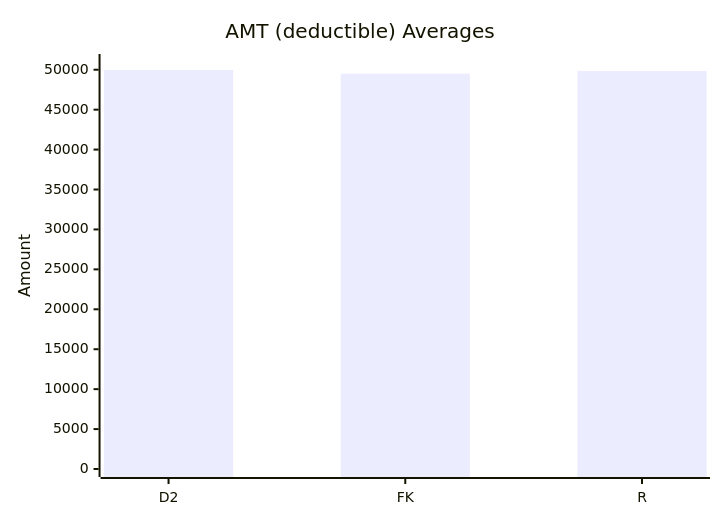
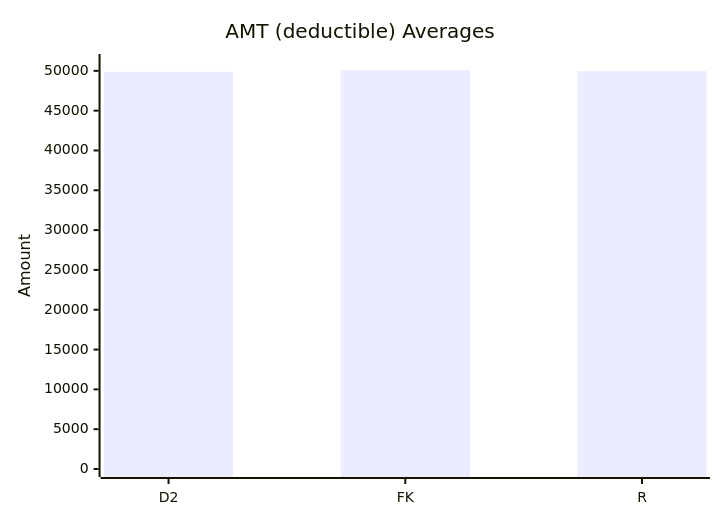
One commit to dhagan-va/intern-2025 changed the tenth of 11 diagrams in test-tools/DataGen/src/Statistics_Visualizer.md. Above: the diagram before and after it, drawn with Mermaid. The commit also changed other lines of this file and 2 other files, not shown here.

Commit message:
update to insure proper flow between 834 and 999

````diff
--- a/test-tools/DataGen/src/Statistics_Visualizer.md
+++ b/test-tools/DataGen/src/Statistics_Visualizer.md
@@ -108,7 +108,7 @@
 ```mermaid
 xychart-beta
     title "AMT (deductible) Averages"
     x-axis ["D2", "FK", "R"]
-    y-axis "Amount" 0 --> 50968.84229899041
-    bar [49968.84229899041, 49504.61438997693, 49842.71626322808]
+    y-axis "Amount" 0 --> 51110.50832766557
+    bar [49892.48235047025, 50110.50832766557, 49979.20834466886]
 ```
````
